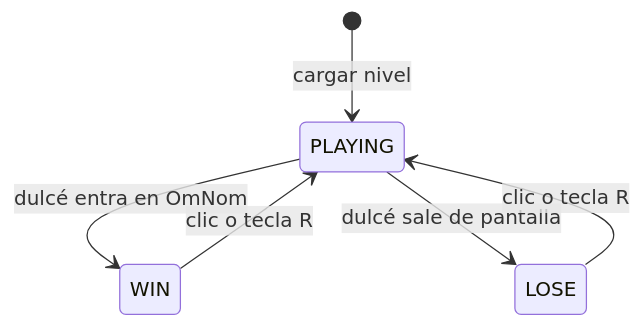
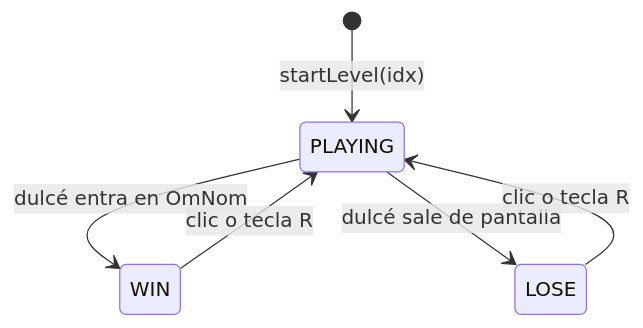
The second of 5 diagrams in docs/arquitectura-mvp.md (ShryhakAkizuki/Cut_The_Rope-Visual_Computing_2026-II), drawn with Mermaid before and after one commit. The commit also changed other lines of this file and 5 other files, not shown here.

````diff
--- a/docs/arquitectura-mvp.md
+++ b/docs/arquitectura-mvp.md
@@ -99,8 +104,8 @@
 ```mermaid
 stateDiagram-v2
-    [*] --> PLAYING : cargar nivel
+    [*] --> PLAYING : startLevel(idx)
     PLAYING --> WIN : dulcé entra en OmNom
     PLAYING --> LOSE : dulcé sale de pantalla
     WIN --> PLAYING : clic o tecla R
     LOSE --> PLAYING : clic o tecla R
 ```
````
